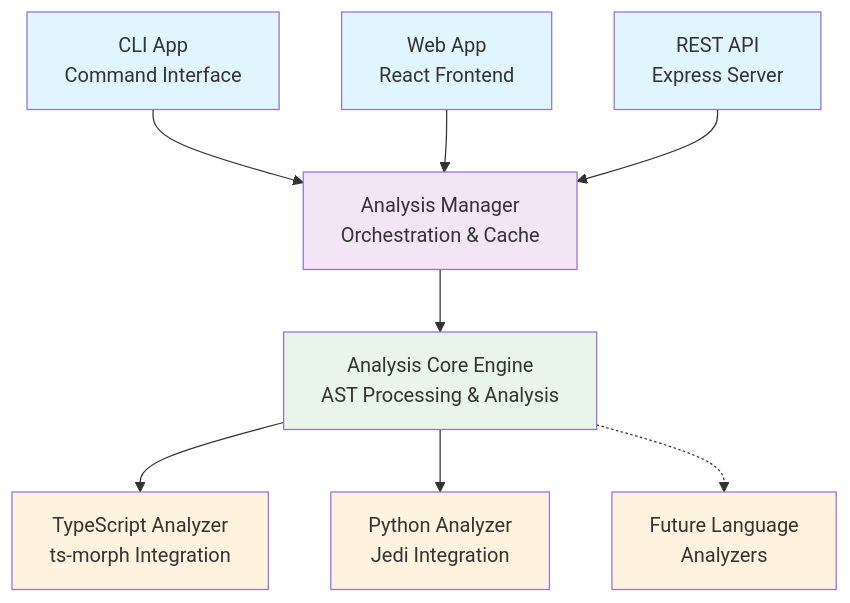
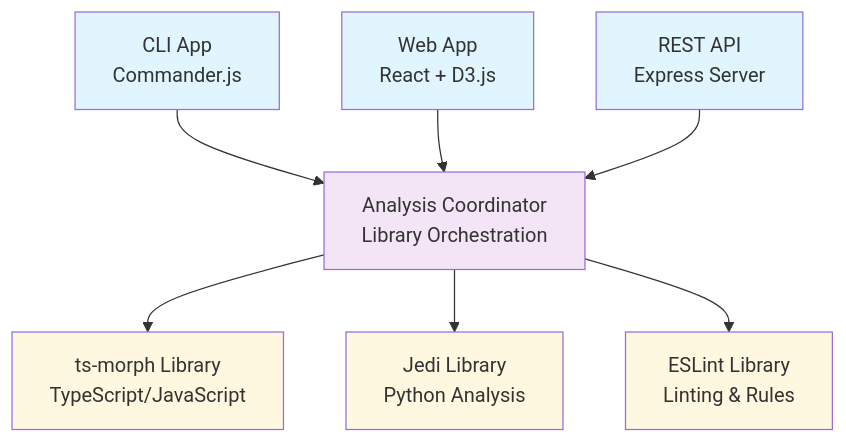
One commit to louipr/cytrac changed the fourth of 5 diagrams in docs/SAD.md. Above: the diagram before and after it, drawn with Mermaid. The commit also changed other lines of this file, not shown here.

````diff
--- a/docs/SAD.md
+++ b/docs/SAD.md
@@ -388,35 +340,30 @@
 ```mermaid
 graph TD
-    CLI[CLI App<br/>Command Interface]
-    WEB[Web App<br/>React Frontend]
+    CLI[CLI App<br/>Commander.js]
+    WEB[Web App<br/>React + D3.js]
     API[REST API<br/>Express Server]
     
-    MANAGER[Analysis Manager<br/>Orchestration & Cache]
+    COORD[Analysis Coordinator<br/>Library Orchestration]
     
-    CORE[Analysis Core Engine<br/>AST Processing & Analysis]
-    
-    TS_ANALYZER[TypeScript Analyzer<br/>ts-morph Integration]
-    PY_ANALYZER[Python Analyzer<br/>Jedi Integration]
-    FUTURE_ANALYZER[Future Language<br/>Analyzers]
+    TSMORPH[ts-morph Library<br/>TypeScript/JavaScript]
+    JEDI[Jedi Library<br/>Python Analysis]
+    ESLINT[ESLint Library<br/>Linting & Rules]
     
     %% Primary interface dependencies
-    CLI --> MANAGER
-    WEB --> MANAGER  
-    API --> MANAGER
+    CLI --> COORD
+    WEB --> COORD  
+    API --> COORD
     
-    %% Analysis processing dependencies
-    MANAGER --> CORE
-    CORE --> TS_ANALYZER
-    CORE --> PY_ANALYZER
-    CORE -.-> FUTURE_ANALYZER
+    %% Library integration dependencies
+    COORD --> TSMORPH
+    COORD --> JEDI
+    COORD --> ESLINT
     
     classDef interface fill:#e1f5fe
-    classDef manager fill:#f3e5f5
-    classDef core fill:#e8f5e8
-    classDef analyzer fill:#fff3e0
+    classDef coord fill:#f3e5f5
+    classDef library fill:#fff8e1
     
     class CLI,WEB,API interface
-    class MANAGER manager
-    class CORE core
-    class TS_ANALYZER,PY_ANALYZER,FUTURE_ANALYZER analyzer
+    class COORD coord
+    class TSMORPH,JEDI,ESLINT library
 ```
````
